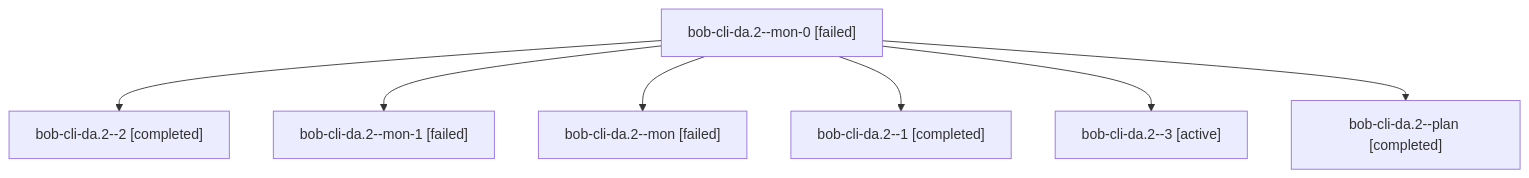
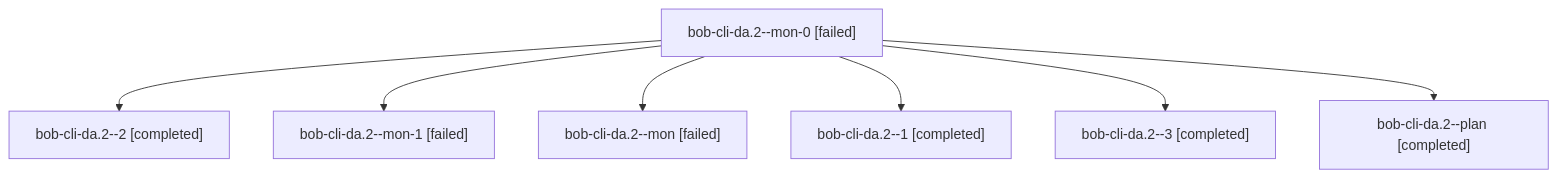
The diagram in sessions/bbugyi200.athena.bob-cli-da.2.md (bobs-org/bob-cli--agents), drawn with Mermaid before and after one commit. The commit also changed other lines of this file and 52 other files, not shown here.

````diff
--- a/sessions/bbugyi200.athena.bob-cli-da.2.md
+++ b/sessions/bbugyi200.athena.bob-cli-da.2.md
@@ -9,16 +9,16 @@
 ```mermaid
 flowchart TD
   n0["bob-cli-da.2--mon-0 [failed]"]
   n1["bob-cli-da.2--2 [completed]"]
   n0 --> n1
   n2["bob-cli-da.2--mon-1 [failed]"]
   n0 --> n2
   n3["bob-cli-da.2--mon [failed]"]
   n0 --> n3
   n4["bob-cli-da.2--1 [completed]"]
   n0 --> n4
-  n5["bob-cli-da.2--3 [active]"]
+  n5["bob-cli-da.2--3 [completed]"]
   n0 --> n5
   n6["bob-cli-da.2--plan [completed]"]
   n0 --> n6
 ```
````
